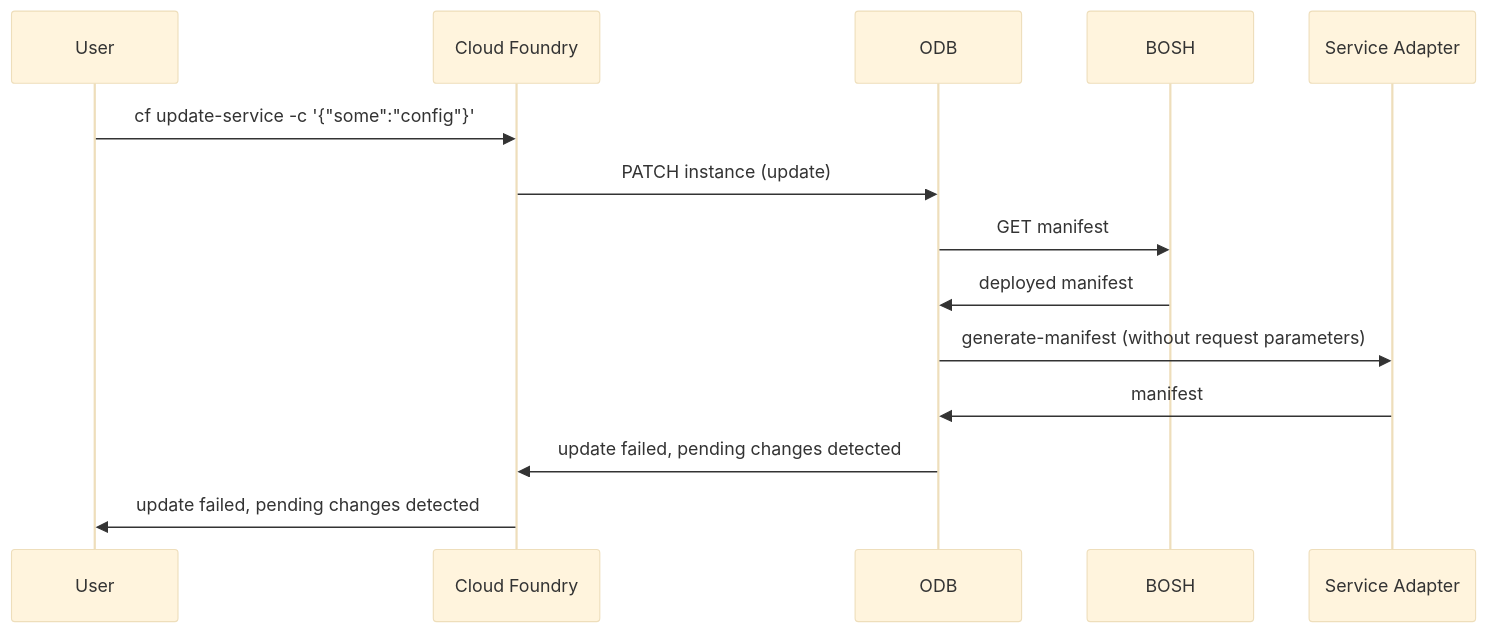
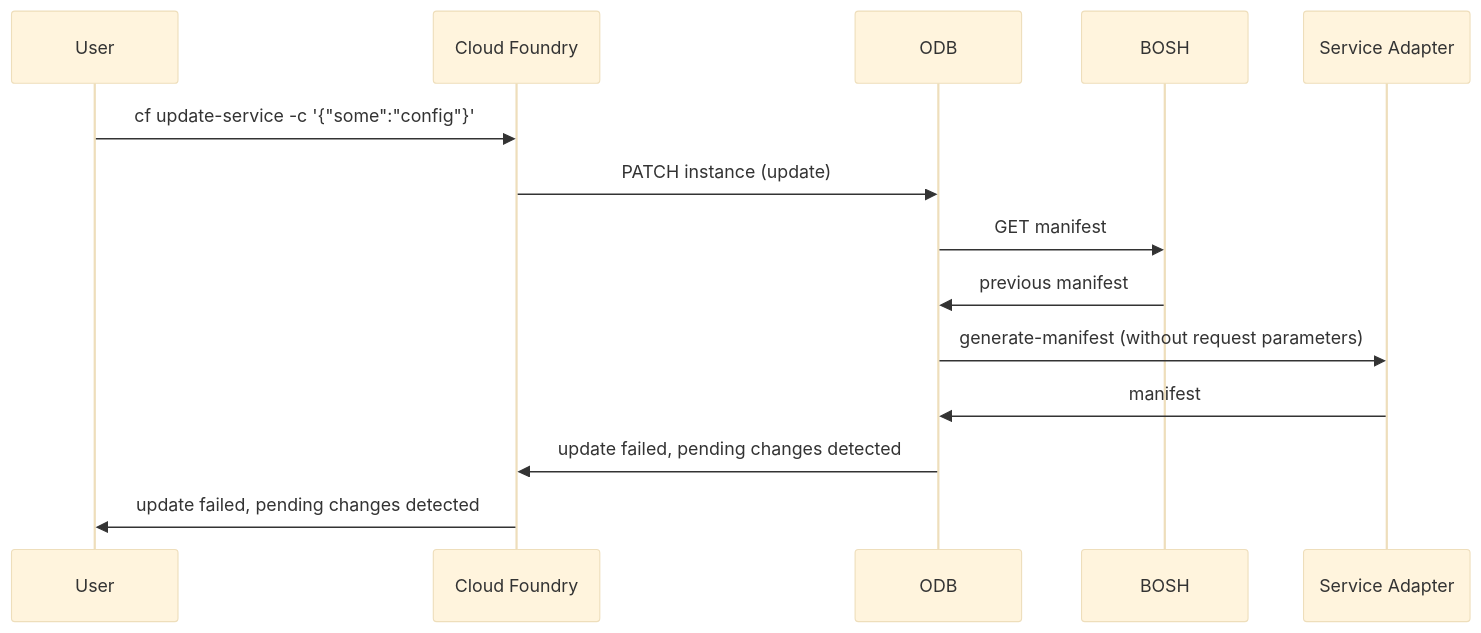
One commit to pivotal-cf/docs-on-demand-service-broker changed the diagram in mmd/update_service_with_pending_changes_workflow.mmd. Above: the diagram before and after it, drawn with Mermaid (base theme). The commit also changed 5 other files, not shown here.

First line of the commit message:
Improve sequence diagrams

```diff
--- a/mmd/update_service_with_pending_changes_workflow.mmd
+++ b/mmd/update_service_with_pending_changes_workflow.mmd
@@ -1,11 +1,11 @@
 <div class="mermaid">
   sequenceDiagram
   User->> Cloud Foundry: cf update-service -c '{"some":"config"}'
   Cloud Foundry->> ODB: PATCH instance (update)
   ODB->>BOSH:GET manifest
-  BOSH->>ODB:deployed manifest
+  BOSH->>ODB:previous manifest
   ODB->>Service Adapter: generate-manifest (without request parameters)
   Service Adapter->>ODB: manifest
   ODB->>Cloud Foundry: update failed, pending changes detected
   Cloud Foundry->>User: update failed, pending changes detected
 </div>
```
